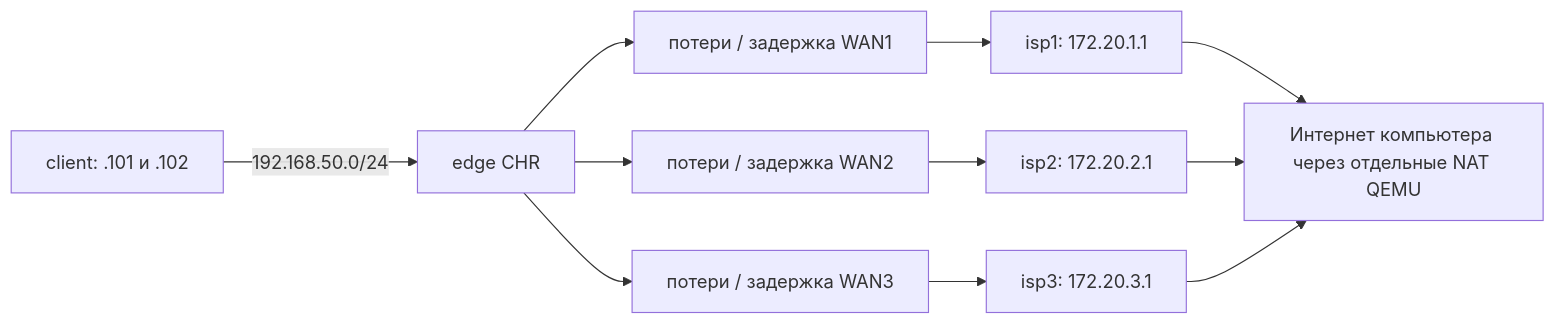
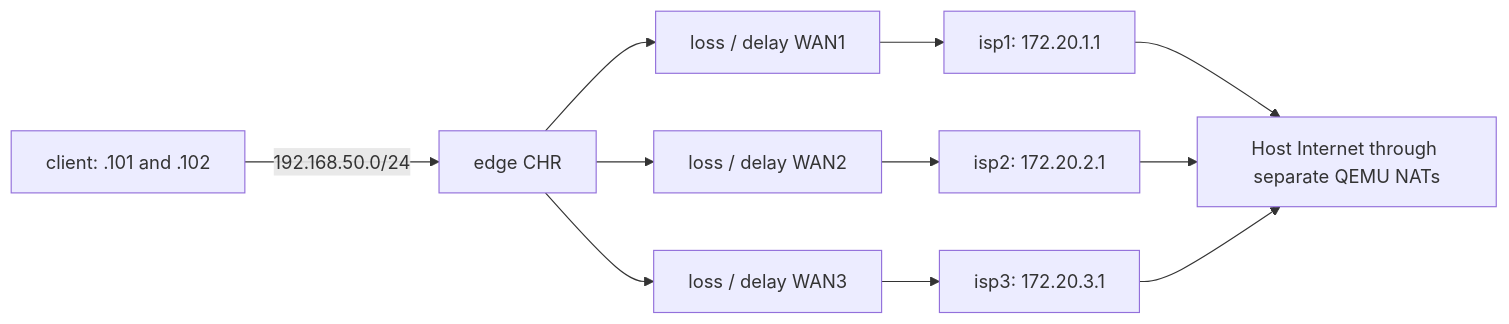
One commit to alphazulu/mikrotik-sd-wan changed the diagram in docs/LAB.md. Above: the diagram before and after it, drawn with Mermaid. The commit also changed other lines of this file and 129 other files, not shown here.

````diff
--- a/docs/LAB.md
+++ b/docs/LAB.md
@@ -69,10 +73,10 @@
 ```mermaid
 flowchart LR
-    C[client: .101 и .102] -->|192.168.50.0/24| E[edge CHR]
-    E --> W1[потери / задержка WAN1] --> I1[isp1: 172.20.1.1]
-    E --> W2[потери / задержка WAN2] --> I2[isp2: 172.20.2.1]
-    E --> W3[потери / задержка WAN3] --> I3[isp3: 172.20.3.1]
-    I1 --> NET[Интернет компьютера через отдельные NAT QEMU]
+    C[client: .101 and .102] -->|192.168.50.0/24| E[edge CHR]
+    E --> W1[loss / delay WAN1] --> I1[isp1: 172.20.1.1]
+    E --> W2[loss / delay WAN2] --> I2[isp2: 172.20.2.1]
+    E --> W3[loss / delay WAN3] --> I3[isp3: 172.20.3.1]
+    I1 --> NET[Host Internet through separate QEMU NATs]
     I2 --> NET
     I3 --> NET
 ```
````
